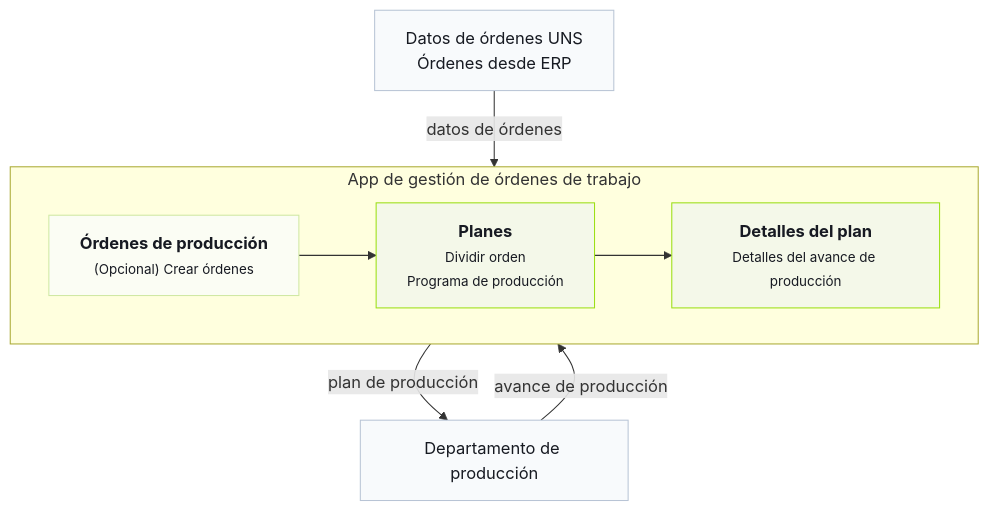
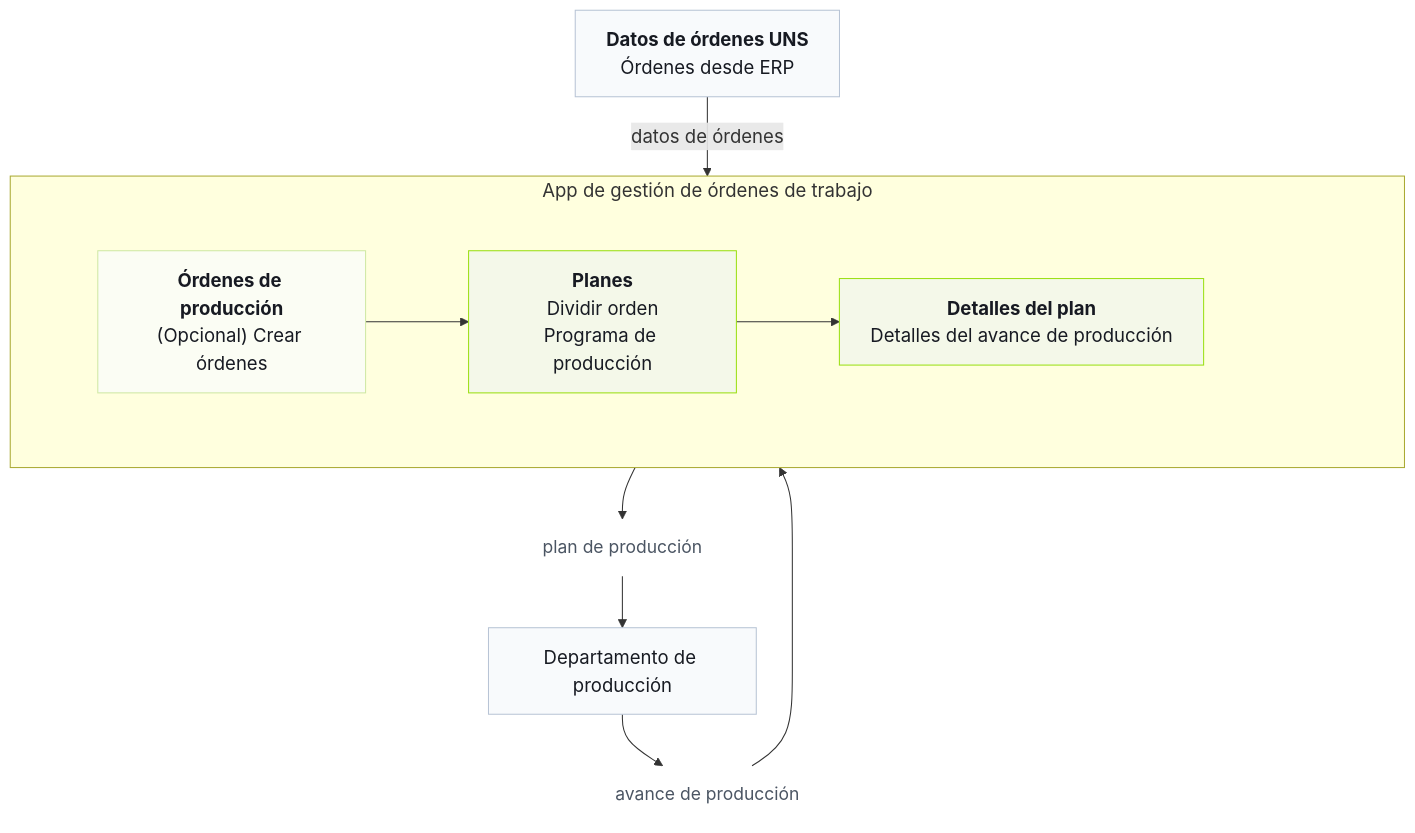
Before and after one commit to FREEZONEX/Tier0-docs-site: the diagram in src/content/docs/es/get-started/demo-factory.mdx, drawn with Mermaid. The commit also changed other lines of this file and 93 other files, not shown here.

````diff
--- a/src/content/docs/es/get-started/demo-factory.mdx
+++ b/src/content/docs/es/get-started/demo-factory.mdx
@@ -16,25 +20,37 @@
 ```mermaid
+%%{init: {"themeVariables": {"fontSize": "18px"}, "themeCSS": ".nodeLabel, .edgeLabel, .cluster-label { font-size: 18px !important; } .nodeLabel b, .nodeLabel strong { font-size: 19px !important; }"}}%%
 flowchart TB
-  uns["Datos de órdenes UNS<br/>Órdenes desde ERP"]
-  production["Departamento de producción"]
+  uns["<span style='font-size:18px;font-weight:700'>Datos de órdenes UNS</span><br/><span style='font-size:16px'>Órdenes desde ERP</span>"]
+  production["<span style='font-size:18px'>Departamento de producción</span>"]
 
   subgraph app["App de gestión de órdenes de trabajo"]
-    direction LR
-    orders["<b>Órdenes de producción</b><br/><span style='font-size:13px'>(Opcional) Crear órdenes</span>"]
-    plans["<b>Planes</b><br/><span style='font-size:13px'>Dividir orden<br/>Programa de producción</span>"]
-    details["<b>Detalles del plan</b><br/><span style='font-size:13px'>Detalles del avance de producción</span>"]
+    direction TB
+    appSpacer[" "]
+    subgraph appPages[" "]
+      direction LR
+      orders["<span style='font-size:18px;font-weight:700'>Órdenes de producción</span><br/><span style='font-size:16px'>(Opcional) Crear órdenes</span>"]
+      plans["<span style='font-size:18px;font-weight:700'>Planes</span><br/><span style='font-size:16px'>Dividir orden<br/>Programa de producción</span>"]
+      details["<span style='font-size:18px;font-weight:700'>Detalles del plan</span><br/><span style='font-size:16px;white-space:nowrap'>Detalles del avance de producción</span>"]
+    end
   end
 
   uns -- "datos de órdenes" --> orders
   orders --> plans
   plans --> details
-  plans -- "plan de producción" --> production
-  production -- "avance de producción" --> details
+  plans --> planLabel["plan de producción"]
+  planLabel --> production
+  production --> progressLabel["avance de producción"]
+  progressLabel --> details
 
-  classDef external fill:#f8fafc,stroke:#b8c4d5,color:#171a22,stroke-width:1px
-  classDef optional fill:#fbfdf4,stroke:#cfe8a3,color:#171a22,stroke-width:1px
-  classDef appNode fill:#f4f8e9,stroke:#9adf11,color:#171a22,stroke-width:1px
+  classDef external fill:#f8fafc,stroke:#b8c4d5,color:#171a22,stroke-width:1px,font-size:18px
+  classDef optional fill:#fbfdf4,stroke:#cfe8a3,color:#171a22,stroke-width:1px,font-size:18px
+  classDef appNode fill:#f4f8e9,stroke:#9adf11,color:#171a22,stroke-width:1px,font-size:18px
+  classDef labelNode fill:transparent,stroke:transparent,color:#4b5563,font-size:17px
+  classDef invisible fill:transparent,stroke:transparent,color:transparent
   class uns,production external
   class orders optional
   class plans,details appNode
+  class planLabel,progressLabel labelNode
+  class appSpacer invisible
+  style appPages fill:transparent,stroke:transparent
 ```
````
